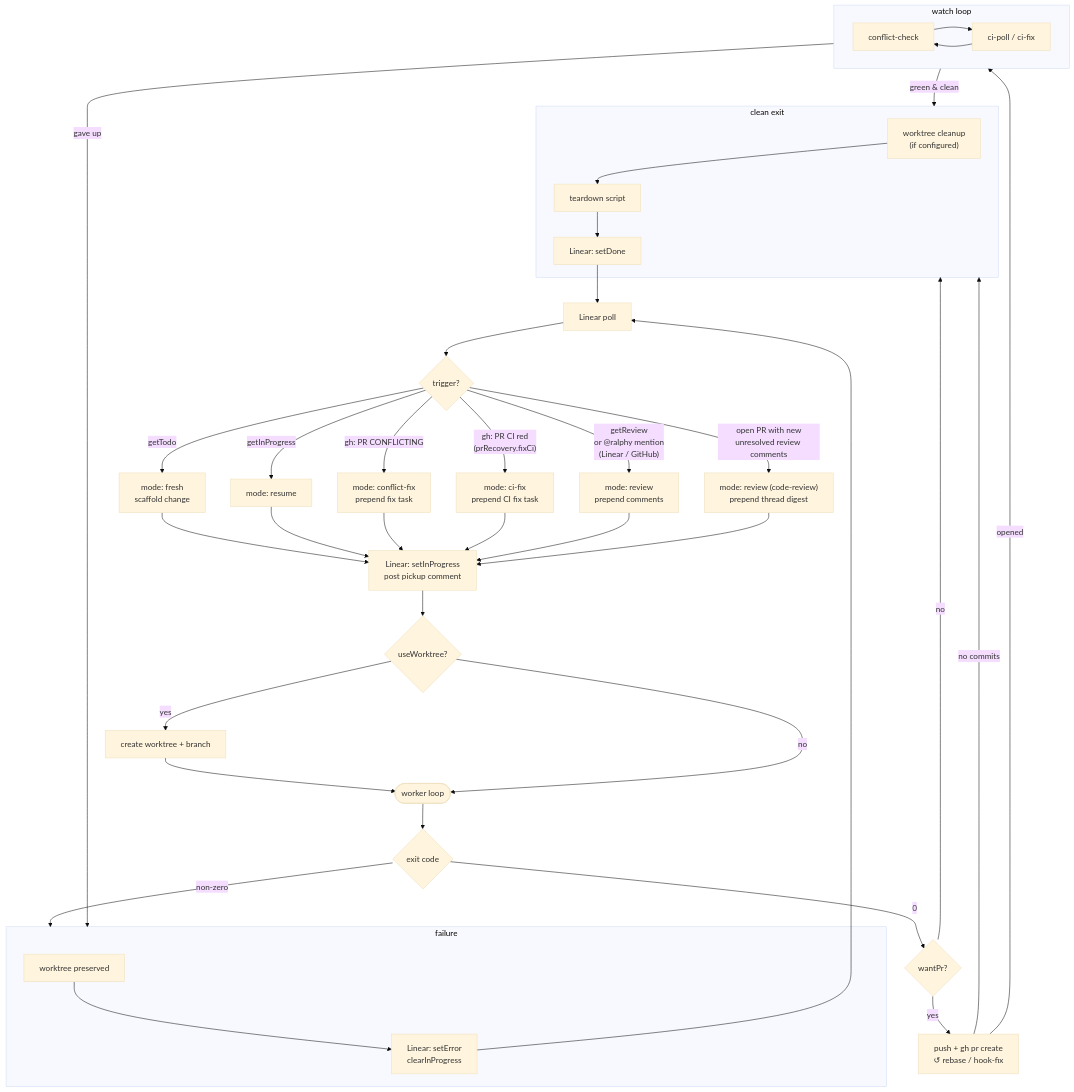
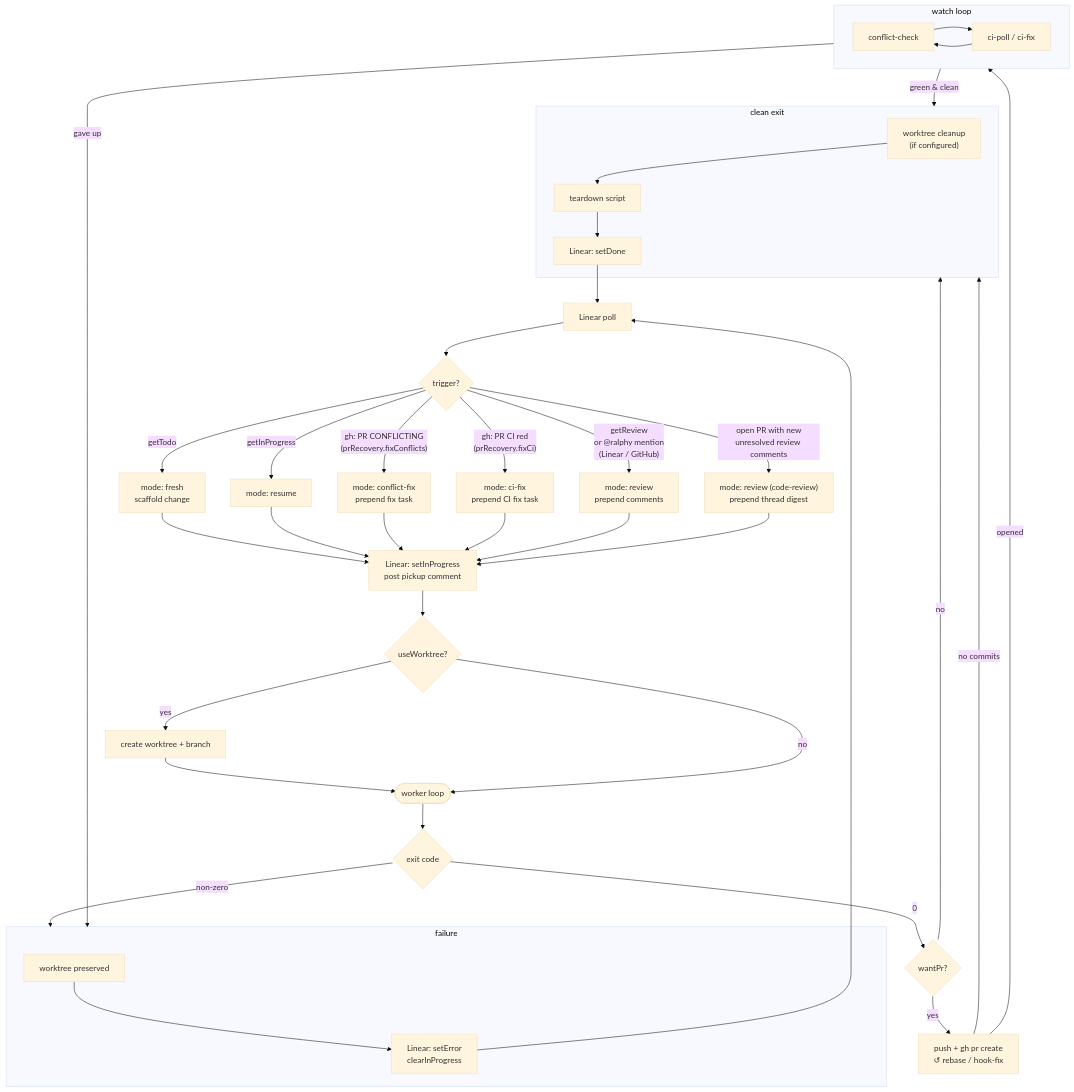
One commit to rosneri/ralphy changed the diagram in GUIDE.md. Above: the diagram before and after it, drawn with Mermaid (base theme). The commit also changed other lines of this file and 22 other files, not shown here.

First line of the commit message:
feat(recovery)!: defer "done" to the watcher; gate conflict recovery

````diff
--- a/GUIDE.md
+++ b/GUIDE.md
@@ -113,39 +114,39 @@
 ```mermaid
 flowchart TD
     POLL["Linear poll"] --> SCAN{trigger?}
     SCAN -- "getTodo" --> FRESH["mode: fresh\nscaffold change"]
     SCAN -- "getInProgress" --> RESUME["mode: resume"]
-    SCAN -- "gh: PR CONFLICTING" --> CFX["mode: conflict-fix\nprepend fix task"]
+    SCAN -- "gh: PR CONFLICTING\n(prRecovery.fixConflicts)" --> CFX["mode: conflict-fix\nprepend fix task"]
     SCAN -- "gh: PR CI red\n(prRecovery.fixCi)" --> CIFX["mode: ci-fix\nprepend CI fix task"]
     SCAN -- "getReview\nor @ralphy mention\n(Linear / GitHub)" --> REV["mode: review\nprepend comments"]
     SCAN -- "open PR with new\nunresolved review comments" --> CR["mode: review (code-review)\nprepend thread digest"]
 
     FRESH & RESUME & CFX & CIFX & REV & CR --> IN_PROG["Linear: setInProgress\npost pickup comment"]
     IN_PROG --> WT{useWorktree?}
     WT -- yes --> SCAFFOLD["create worktree + branch"] --> WORKER([worker loop])
     WT -- no --> WORKER
 
     WORKER --> EXIT{exit code}
     EXIT -- non-zero --> ERR_FLOW
     EXIT -- 0 --> WANT_PR{wantPr?}
     WANT_PR -- no --> DONE_FLOW
     WANT_PR -- yes --> PR["push + gh pr create\n↺ rebase / hook-fix"]
     PR -- "no commits" --> DONE_FLOW
     PR -- "opened" --> WATCH
 
     subgraph WATCH["watch loop"]
         direction LR
         WATCH_CHECK["conflict-check"] --> WATCH_CI["ci-poll / ci-fix"]
         WATCH_CI --> WATCH_CHECK
     end
     WATCH -- "green & clean" --> DONE_FLOW
     WATCH -- "gave up" --> ERR_FLOW
 
     subgraph DONE_FLOW["clean exit"]
         D1["worktree cleanup\n(if configured)"] --> D2["teardown script"] --> D5["Linear: setDone"]
     end
     subgraph ERR_FLOW["failure"]
         E1["worktree preserved"] --> E2["Linear: setError\nclearInProgress"]
     end
     D5 & E2 --> POLL
 ```
````
